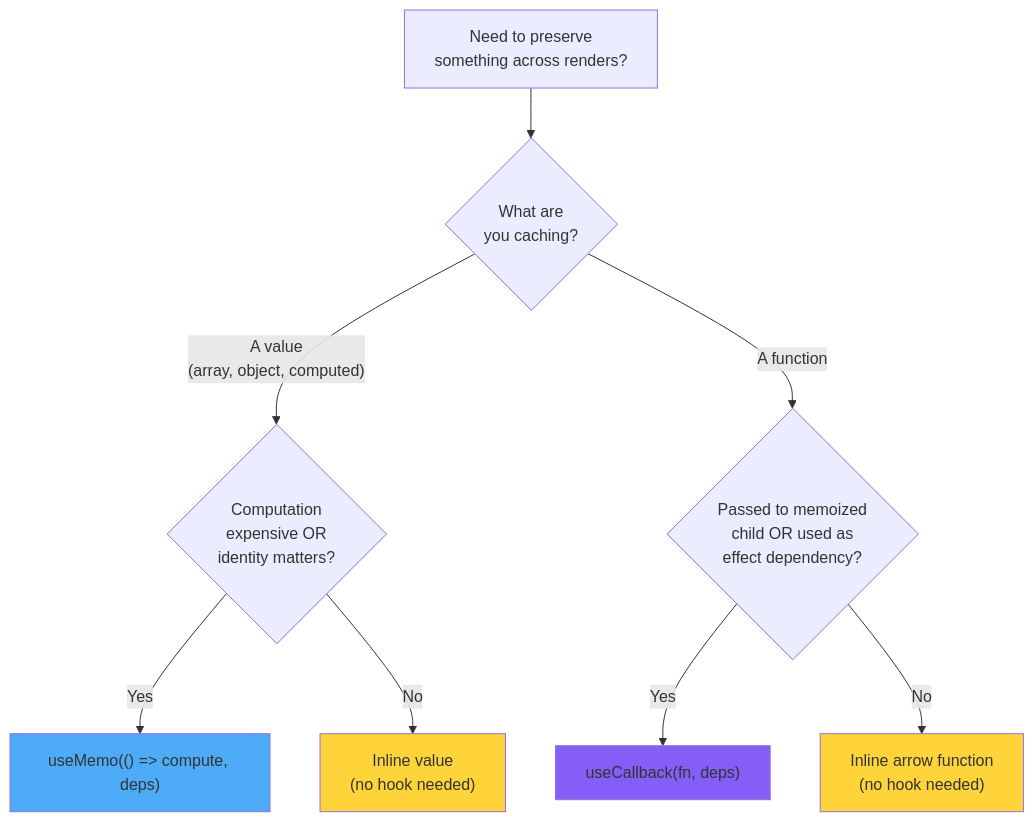
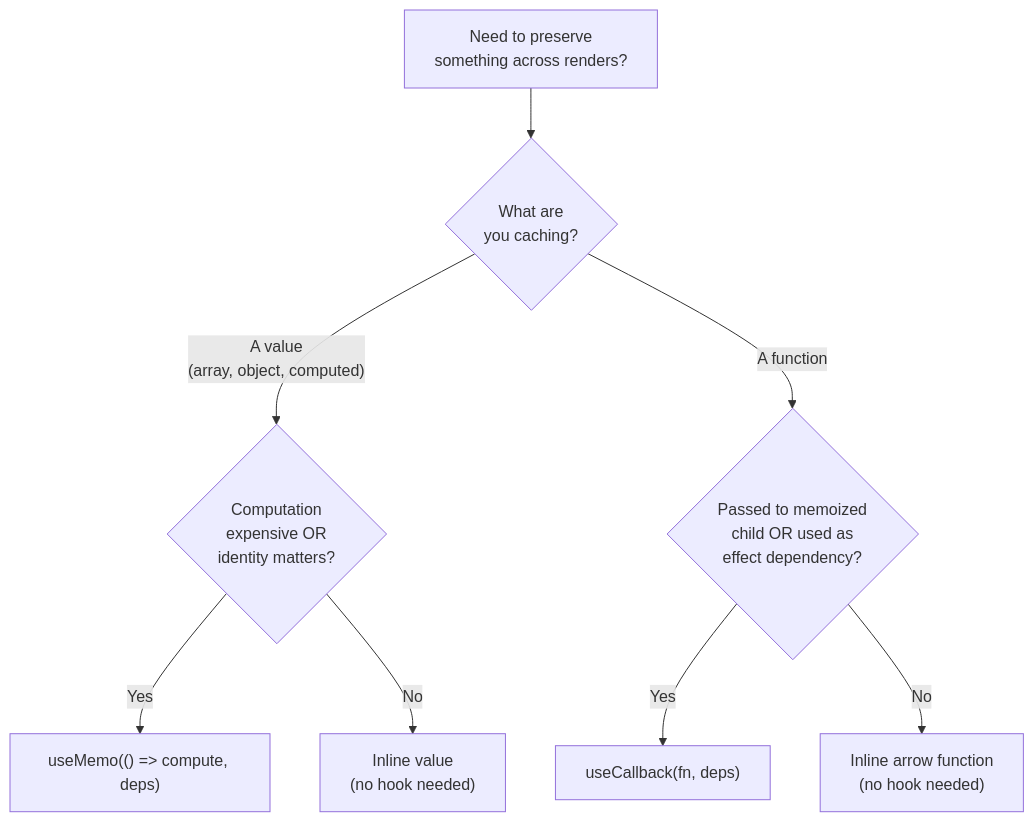
One commit to BabaScience/react-guides changed the third of 5 diagrams in arguments/chapters/09-performance-optimization.md. Above: the diagram before and after it, drawn with Mermaid. The commit also changed other lines of this file and 29 other files, not shown here.

First line of the commit message:
Bring React FR/IT translations to full English parity + theme-safe diagrams

````diff
--- a/arguments/chapters/09-performance-optimization.md
+++ b/arguments/chapters/09-performance-optimization.md
@@ -560,15 +554,11 @@
 ```mermaid
 flowchart TD
     A["Need to preserve<br/>something across renders?"] --> B{"What are<br/>you caching?"}
     B -->|"A value<br/>(array, object, computed)"| C{"Computation<br/>expensive OR<br/>identity matters?"}
     B -->|"A function"| D{"Passed to memoized<br/>child OR used as<br/>effect dependency?"}
     C -->|Yes| E["useMemo(() => compute, deps)"]
     C -->|No| F["Inline value<br/>(no hook needed)"]
     D -->|Yes| G["useCallback(fn, deps)"]
     D -->|No| H["Inline arrow function<br/>(no hook needed)"]
 
-    style E fill:#4dabf7
-    style G fill:#845ef7
-    style F fill:#ffd43b
-    style H fill:#ffd43b
 ```
````
